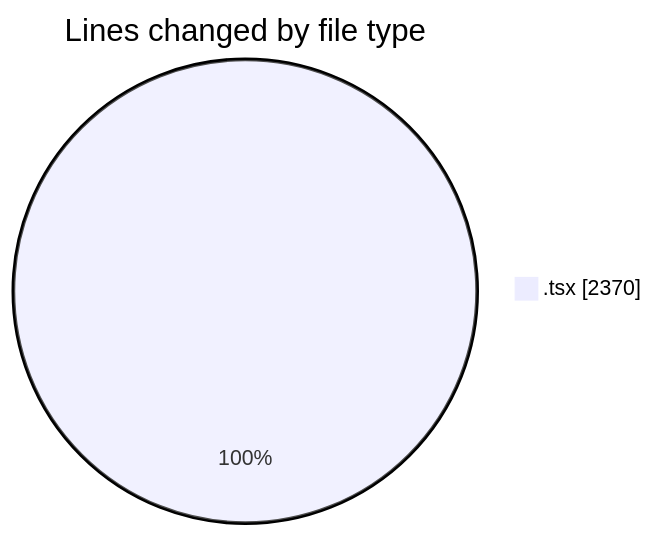
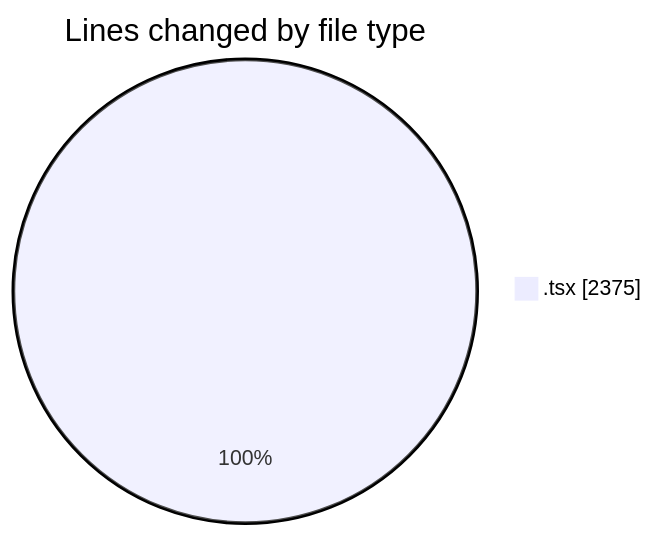
One commit to nxtqubesakshisongat/code-tracking changed the first of 2 diagrams in 2026-06-24/nxtqube_webapp/README.md. Above: the diagram before and after it, drawn with Mermaid. The commit also changed other lines of this file and 1 other file, not shown here.

````diff
--- a/2026-06-24/nxtqube_webapp/README.md
+++ b/2026-06-24/nxtqube_webapp/README.md
@@ -22,5 +22,5 @@
 ```mermaid
 pie showData
 title Lines changed by file type
-".tsx" : 2370
+".tsx" : 2375
 ```
````
